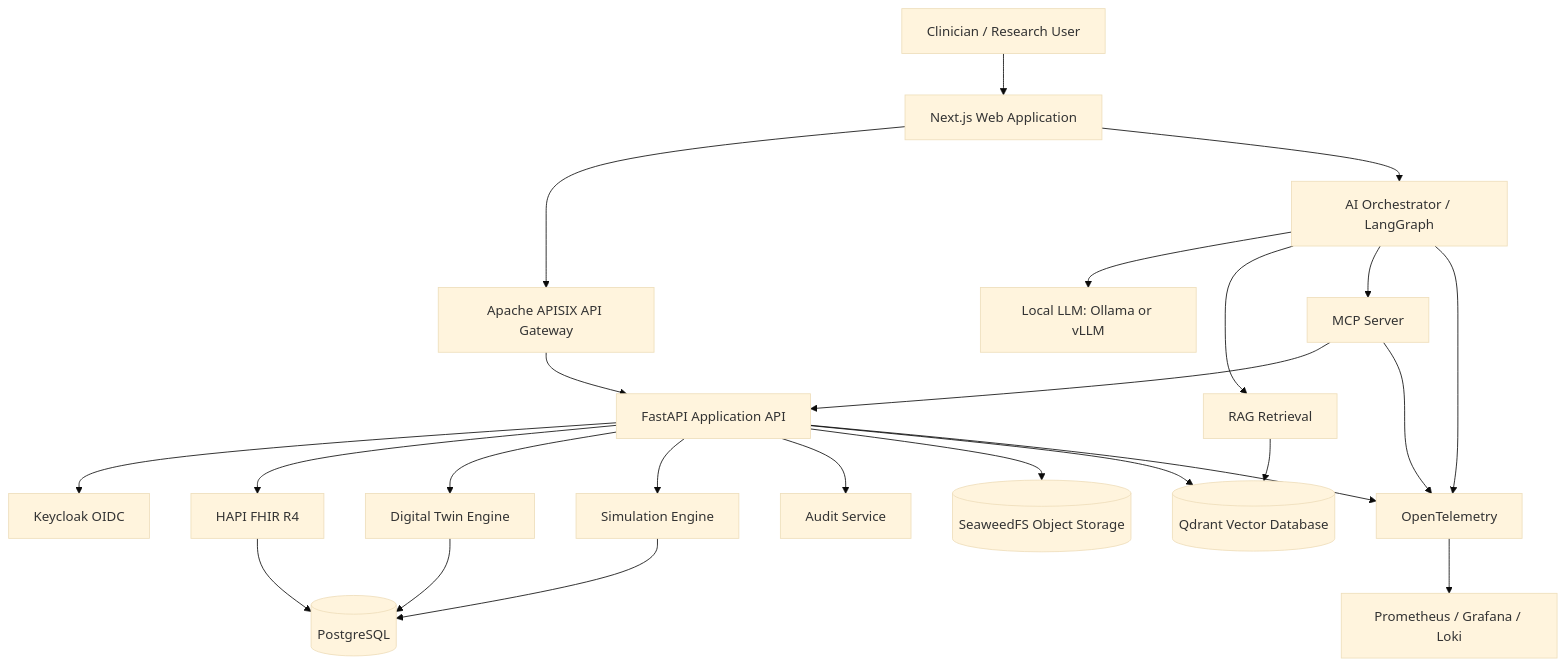
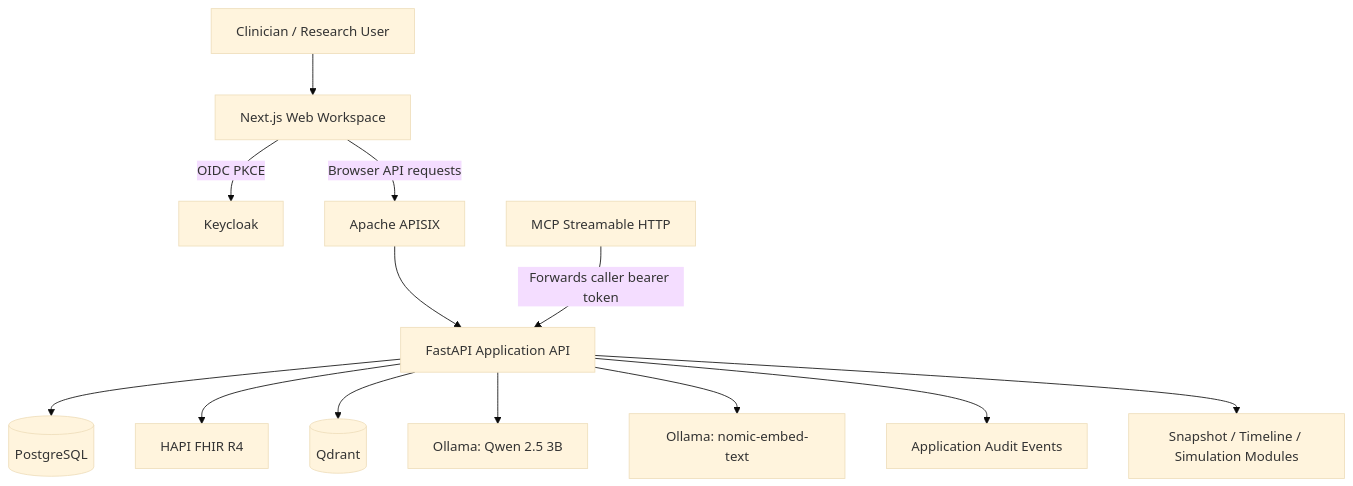
Before and after one commit to roime81/twinfixeno: the first of 2 diagrams in README.md, drawn with Mermaid (base theme). The commit also changed other lines of this file, not shown here.

Commit message:
docs(readme): align features, architecture and Compose quick start with runtime

````diff
--- a/README.md
+++ b/README.md
@@ -138,30 +138,15 @@
 ```mermaid
 flowchart TB
-    U[Clinician / Research User] --> WEB[Next.js Web Application]
-    WEB --> GW[Apache APISIX API Gateway]
-
+    U[Clinician / Research User] --> WEB[Next.js Web Workspace]
+    WEB -->|OIDC PKCE| IDP[Keycloak]
+    WEB -->|Browser API requests| GW[Apache APISIX]
     GW --> API[FastAPI Application API]
-    API --> IDP[Keycloak OIDC]
+    API --> PG[(PostgreSQL)]
     API --> FHIR[HAPI FHIR R4]
-    API --> TWIN[Digital Twin Engine]
-    API --> SIM[Simulation Engine]
-    API --> AUDIT[Audit Service]
-
-    TWIN --> PG[(PostgreSQL)]
-    SIM --> PG
-    API --> OBJ[(SeaweedFS Object Storage)]
-    API --> VDB[(Qdrant Vector Database)]
-    FHIR --> PG
-
-    WEB --> AI[AI Orchestrator / LangGraph]
-    AI --> LLM[Local LLM: Ollama or vLLM]
-    AI --> RET[RAG Retrieval]
-    RET --> VDB
-    AI --> MCP[MCP Server]
-    MCP --> API
-
-    API --> OTEL[OpenTelemetry]
-    AI --> OTEL
-    MCP --> OTEL
-    OTEL --> OBS[Prometheus / Grafana / Loki]
+    API --> VDB[(Qdrant)]
+    API --> LLM[Ollama: Qwen 2.5 3B]
+    API --> EMB[Ollama: nomic-embed-text]
+    MCP[MCP Streamable HTTP] -->|Forwards caller bearer token| API
+    API --> AUDIT[Application Audit Events]
+    API --> TWIN[Snapshot / Timeline / Simulation Modules]
 ```
````
